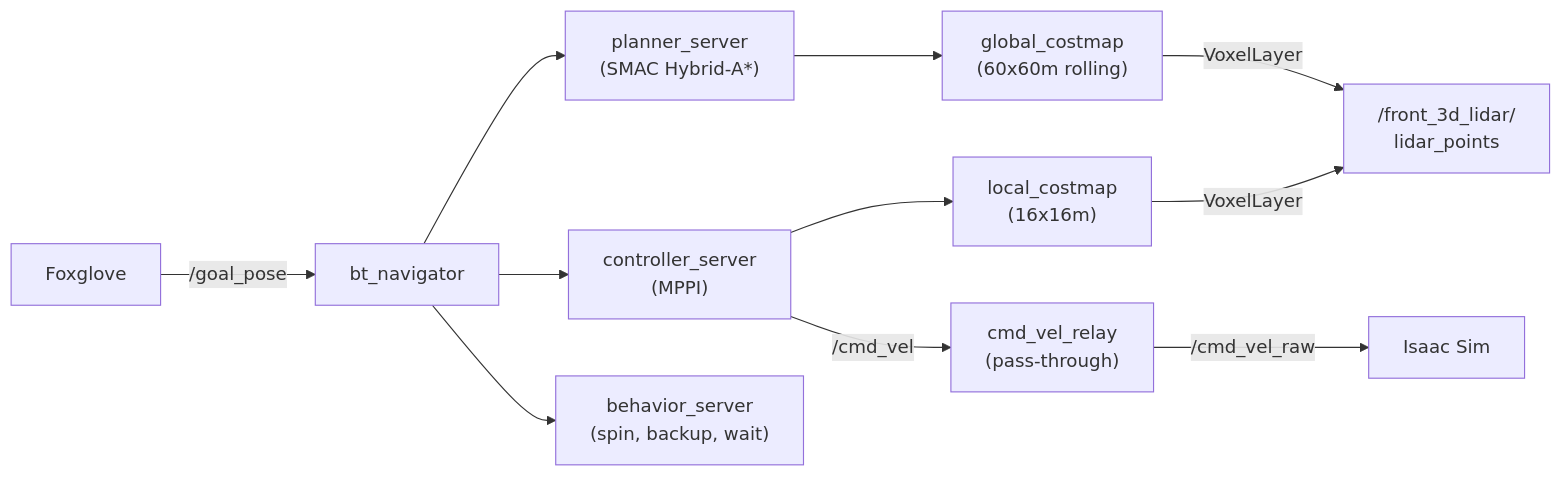
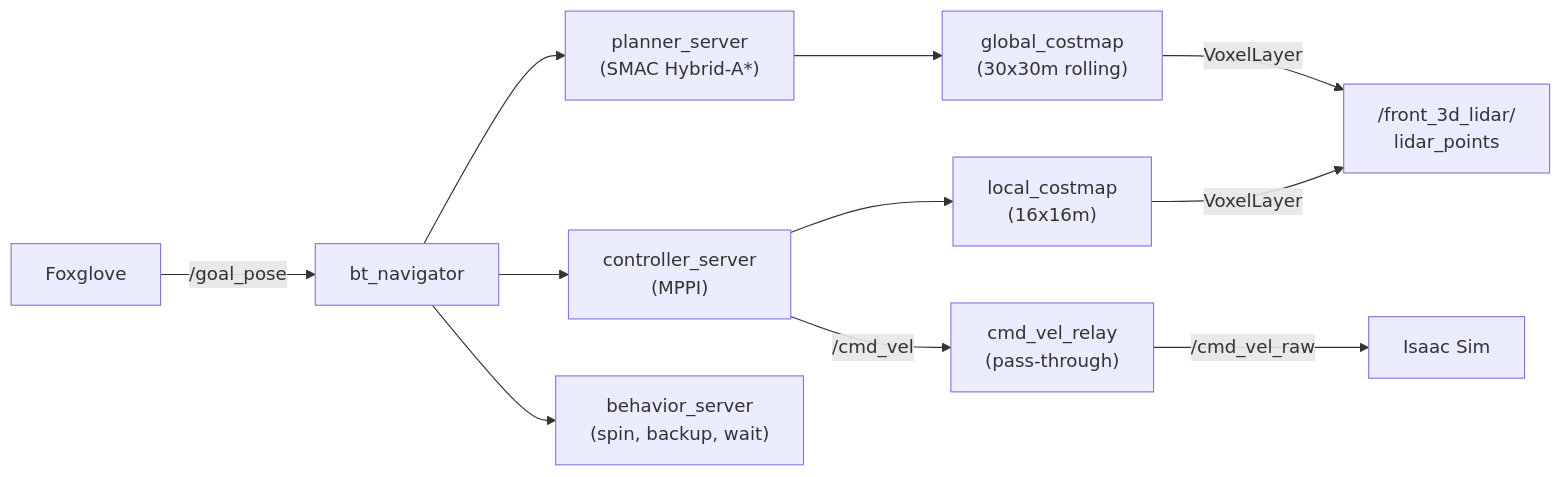
The first of 2 diagrams in docs/simulation/isaac-ros/nodes/nav2.md (zeulewan/robot-docs), drawn with Mermaid before and after one commit. The commit also changed other lines of this file and 4 other files, not shown here.

First line of the commit message:
Add Nav2 blog post, fix global costmap size, update progress

````diff
--- a/docs/simulation/isaac-ros/nodes/nav2.md
+++ b/docs/simulation/isaac-ros/nodes/nav2.md
@@ -16,13 +16,13 @@
 ```mermaid
 flowchart LR
     FOX["Foxglove"] -- "/goal_pose" --> BT["bt_navigator"]
     BT --> PLAN["planner_server<br/>(SMAC Hybrid-A*)"]
     BT --> CTRL["controller_server<br/>(MPPI)"]
     BT --> BEH["behavior_server<br/>(spin, backup, wait)"]
-    PLAN --> GCOST["global_costmap<br/>(60x60m rolling)"]
+    PLAN --> GCOST["global_costmap<br/>(30x30m rolling)"]
     CTRL --> LCOST["local_costmap<br/>(16x16m)"]
     GCOST -- "VoxelLayer" --> LIDAR["/front_3d_lidar/<br/>lidar_points"]
     LCOST -- "VoxelLayer" --> LIDAR
     CTRL -- "/cmd_vel" --> RELAY["cmd_vel_relay<br/>(pass-through)"]
     RELAY -- "/cmd_vel_raw" --> SIM["Isaac Sim"]
 ```
````
